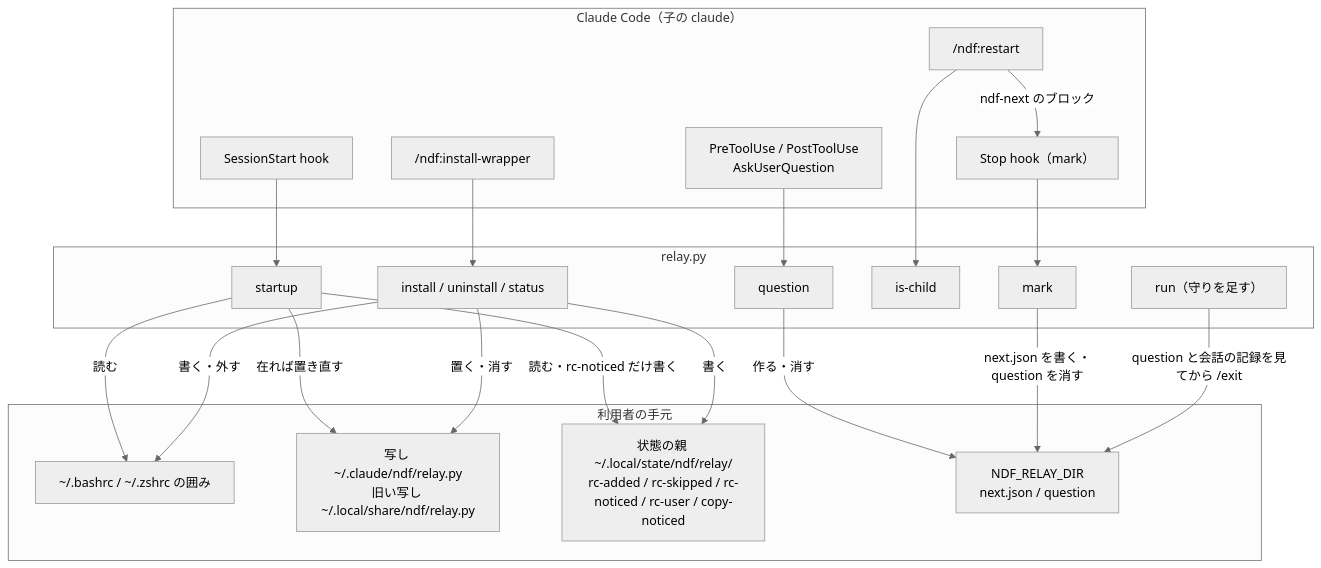
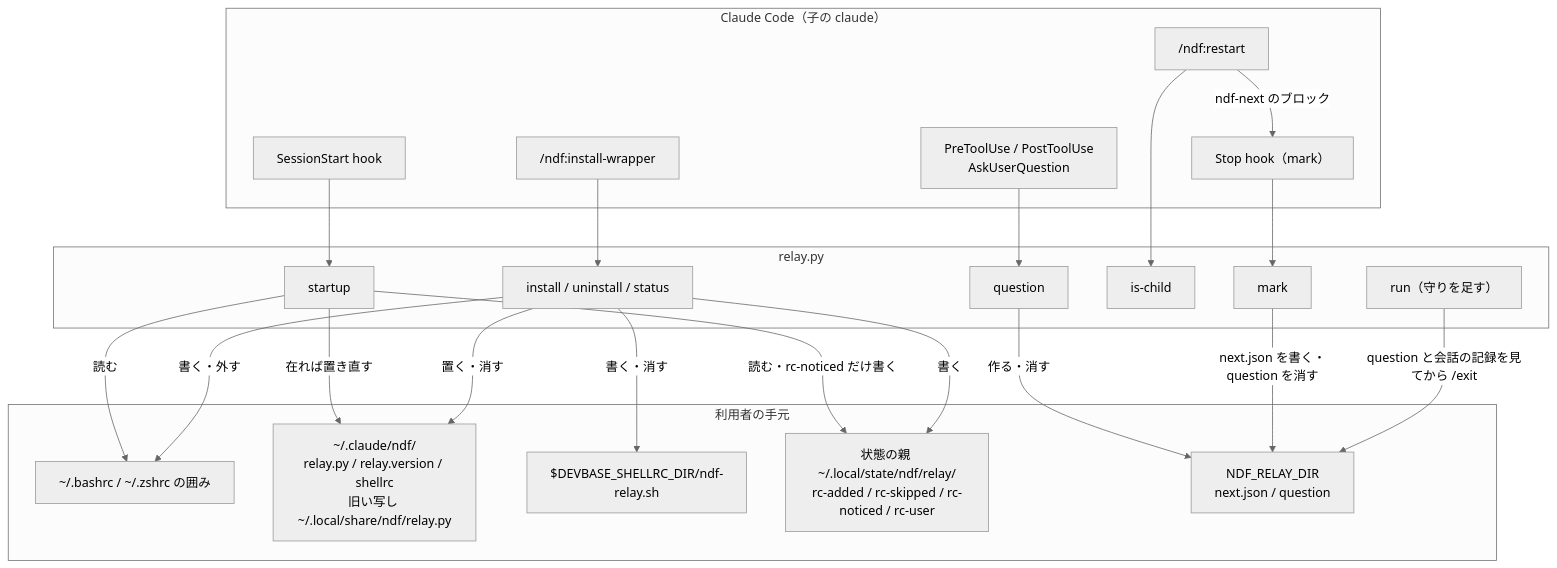
Before and after one commit to devbasex/ai-plugins: the first of 4 diagrams in issues/issue-928-design.md, drawn with Mermaid (neutral theme). The commit also changed other lines of this file and 2 other files, not shown here.

First line of the commit message:
Docs: #928 alias を永続化される shellrc へ書き、devbase の読み込み先を使う（利用者の判断・devbasex/devbase#253）

````diff
--- a/issues/issue-928-design.md
+++ b/issues/issue-928-design.md
@@ -50,39 +50,41 @@
 ```mermaid
 graph TB
     subgraph cc["Claude Code（子の claude）"]
         SS["SessionStart hook"]
         ST["Stop hook（mark）"]
         QH["PreToolUse / PostToolUse<br/>AskUserQuestion"]
         IW["/ndf:install-wrapper"]
         RS["/ndf:restart"]
     end
     subgraph relay["relay.py"]
         N[startup]
         I["install / uninstall / status"]
         R["run（守りを足す）"]
         K[is-child]
         M[mark]
         Q[question]
     end
     subgraph files["利用者の手元"]
         RC["~/.bashrc / ~/.zshrc の囲み"]
-        CP["写し ~/.claude/ndf/relay.py<br/>旧い写し ~/.local/share/ndf/relay.py"]
-        SD["状態の親 ~/.local/state/ndf/relay/<br/>rc-added / rc-skipped / rc-noticed / rc-user / copy-noticed"]
+        CP["~/.claude/ndf/<br/>relay.py / relay.version / shellrc<br/>旧い写し ~/.local/share/ndf/relay.py"]
+        DL["$DEVBASE_SHELLRC_DIR/ndf-relay.sh"]
+        SD["状態の親 ~/.local/state/ndf/relay/<br/>rc-added / rc-skipped / rc-noticed / rc-user"]
         WD["NDF_RELAY_DIR<br/>next.json / question"]
     end
     SS --> N
     N -->|読む| RC
     N -->|在れば置き直す| CP
     N -->|読む・rc-noticed だけ書く| SD
     IW --> I
     I -->|書く・外す| RC
+    I -->|書く・消す| DL
     I -->|置く・消す| CP
     I -->|書く| SD
     RS --> K
     RS -->|ndf-next のブロック| ST
     ST --> M
     QH --> Q
     Q -->|作る・消す| WD
     M -->|next.json を書く・question を消す| WD
     R -->|question と会話の記録を見てから /exit| WD
 ```
````
